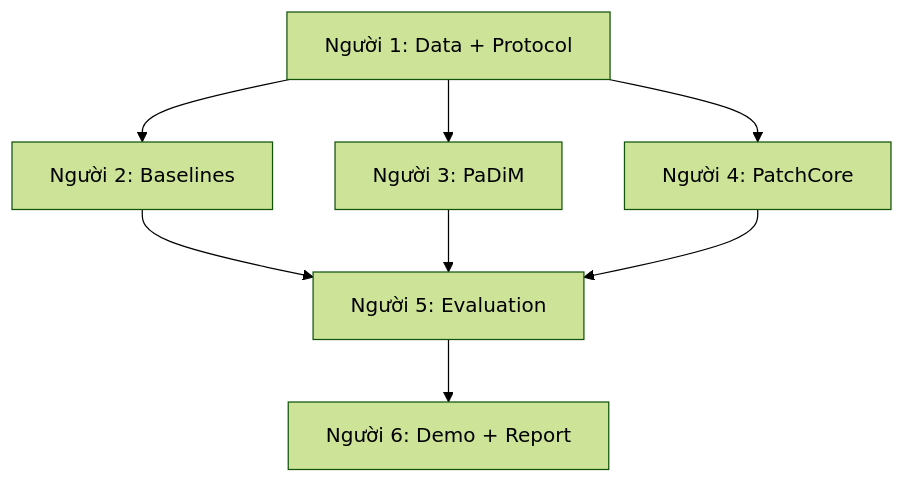
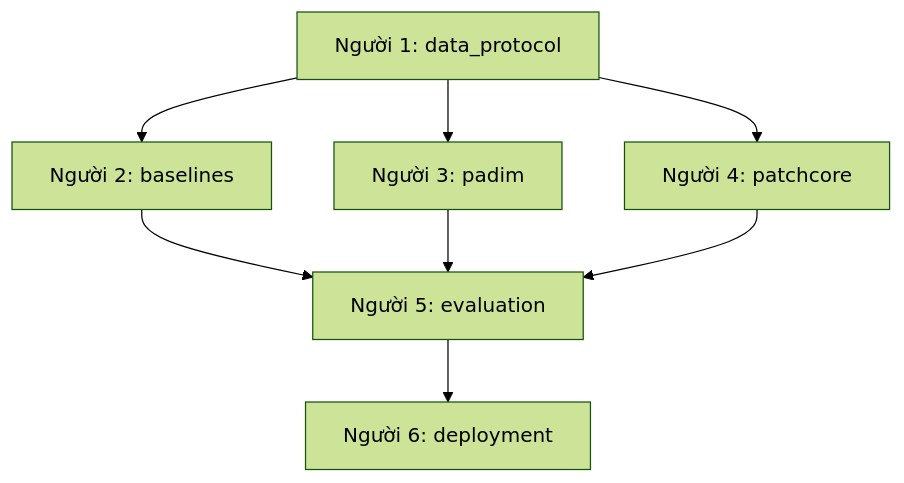
One commit to phamduyductam-design/DL2026-16-16 changed the diagram in docs/WORKFLOW.md. Above: the diagram before and after it, drawn with Mermaid (forest theme). The commit also changed other lines of this file and 51 other files, not shown here.

````diff
--- a/docs/WORKFLOW.md
+++ b/docs/WORKFLOW.md
@@ -5,16 +5,16 @@
 ```mermaid
 flowchart TD
-    P1["Người 1: Data + Protocol"]
-    P2["Người 2: Baselines"]
-    P3["Người 3: PaDiM"]
-    P4["Người 4: PatchCore"]
-    P5["Người 5: Evaluation"]
-    P6["Người 6: Demo + Report"]
+    P1["Người 1: data_protocol"]
+    P2["Người 2: baselines"]
+    P3["Người 3: padim"]
+    P4["Người 4: patchcore"]
+    P5["Người 5: evaluation"]
+    P6["Người 6: deployment"]
     P1 --> P2
     P1 --> P3
     P1 --> P4
     P2 --> P5
     P3 --> P5
     P4 --> P5
     P5 --> P6
 ```
````
